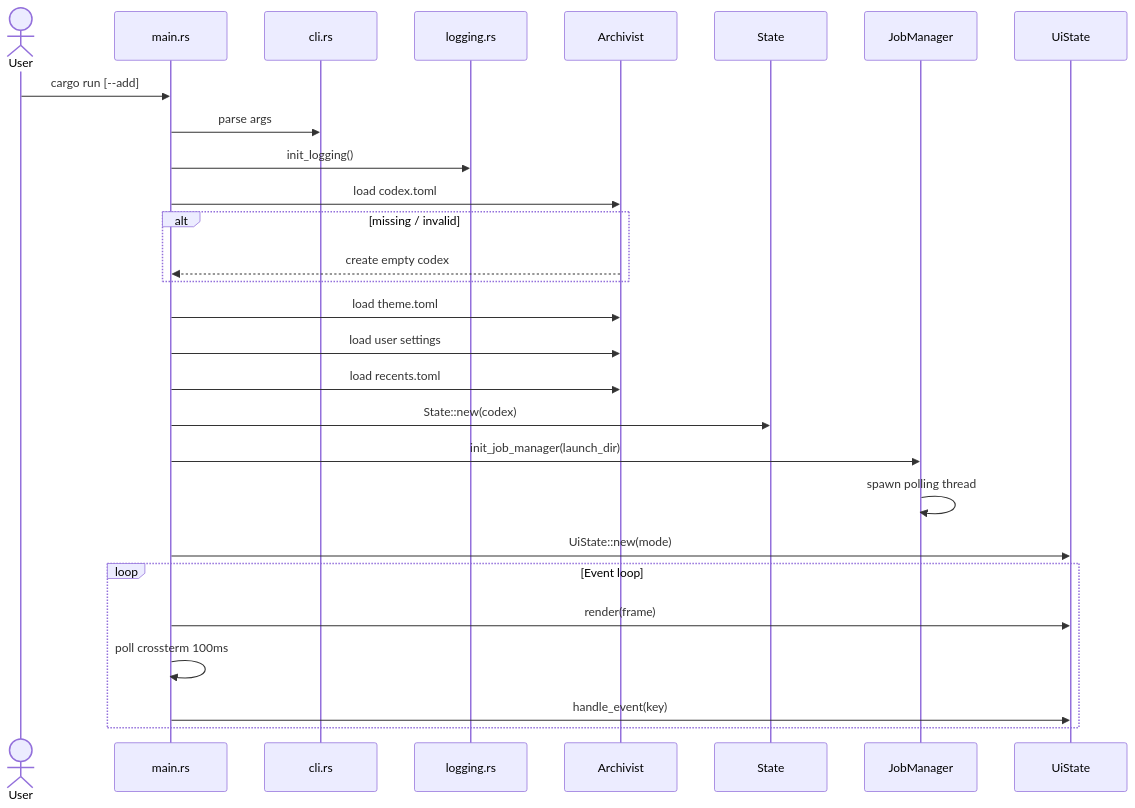
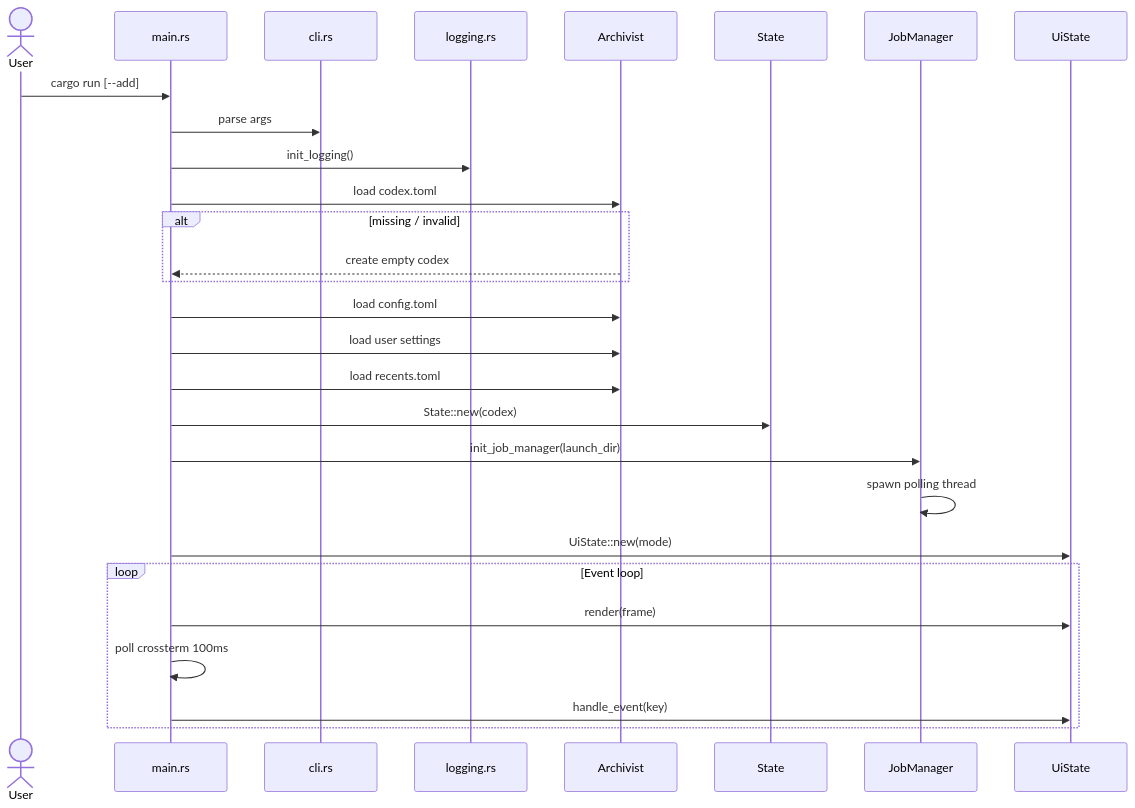
The seventh of 10 diagrams in docs/architecture-diagrams-mermaid.md (mxapd/spellbook), drawn with Mermaid before and after one commit. The commit also changed other lines of this file and 21 other files, not shown here.

````diff
--- a/docs/architecture-diagrams-mermaid.md
+++ b/docs/architecture-diagrams-mermaid.md
@@ -331,31 +331,31 @@
 ```mermaid
 sequenceDiagram
     actor User
     participant main as main.rs
     participant cli as cli.rs
     participant log as logging.rs
     participant arch as Archivist
     participant state as State
     participant inv as JobManager
     participant ui as UiState
 
     User->>main: cargo run [--add]
     main->>cli: parse args
     main->>log: init_logging()
     main->>arch: load codex.toml
     alt missing / invalid
         arch-->>main: create empty codex
     end
-    main->>arch: load theme.toml
+    main->>arch: load config.toml
     main->>arch: load user settings
     main->>arch: load recents.toml
     main->>state: State::new(codex)
     main->>inv: init_job_manager(launch_dir)
     inv->>inv: spawn polling thread
     main->>ui: UiState::new(mode)
     loop Event loop
         main->>ui: render(frame)
         main->>main: poll crossterm 100ms
         main->>ui: handle_event(key)
     end
 ```
````
